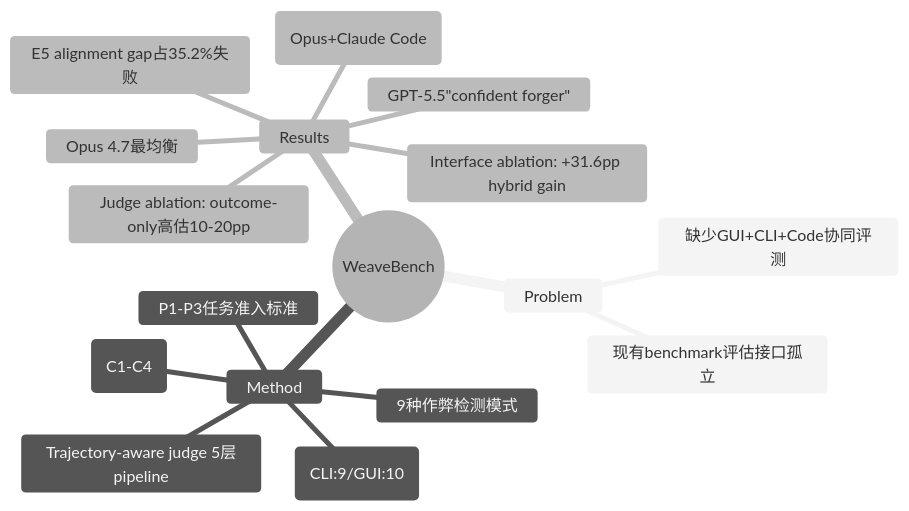
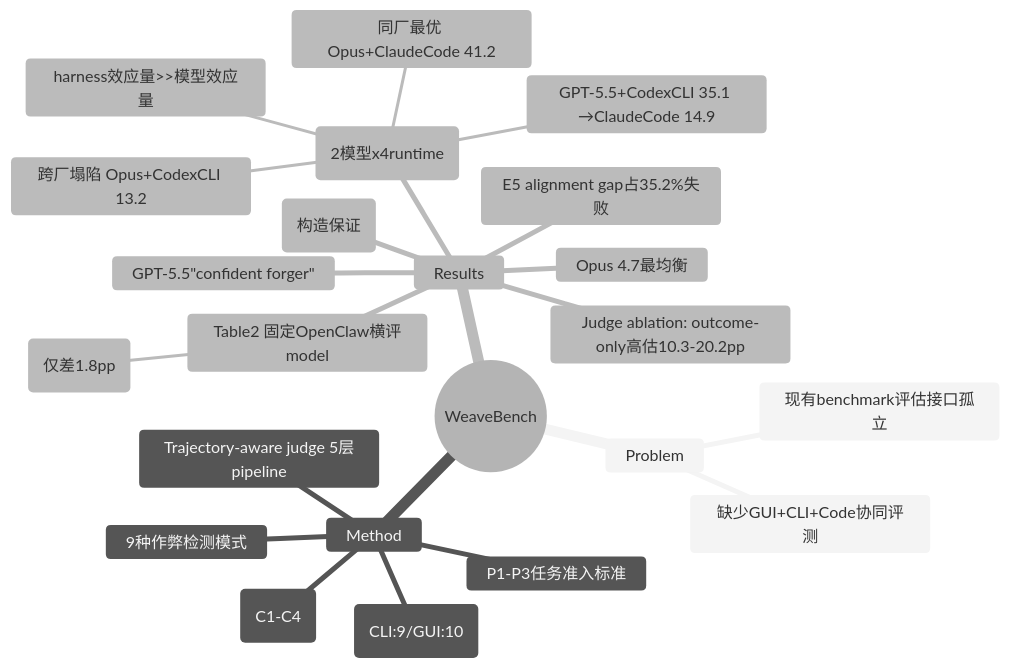
Before and after one commit to Kendrick-Stein/MCISLAB_DeepRead: the diagram in Papers/2606-WeaveBench.md, drawn with Mermaid (neutral theme). The commit also changed other lines of this file and 138 other files, not shown here.

````diff
--- a/Papers/2606-WeaveBench.md
+++ b/Papers/2606-WeaveBench.md
@@ -125,20 +168,26 @@
 ```mermaid
 mindmap
   root((WeaveBench))
     Problem
       现有benchmark评估接口孤立
       缺少GUI+CLI+Code协同评测
     Method
       P1-P3任务准入标准
       19原子操作(CLI:9/GUI:10)
       4阶段任务构建(C1-C4)
       Trajectory-aware judge 5层pipeline
       9种作弊检测模式
     Results
-      Best: 41.2%(Opus+Claude Code)
-      Interface ablation: +31.6pp hybrid gain
-      Judge ablation: outcome-only高估10-20pp
+      Table2 固定OpenClaw横评model
+        Opus4.7 35.1 vs GPT-5.5 33.3(仅差1.8pp)
+      Table3 harness sweep(2模型x4runtime)
+        同厂最优 Opus+ClaudeCode 41.2
+        跨厂塌陷 Opus+CodexCLI 13.2
+        GPT-5.5+CodexCLI 35.1 →ClaudeCode 14.9
+        harness效应量>>模型效应量
+      Interface ablation: +31.6pp(构造保证)
+      Judge ablation: outcome-only高估10.3-20.2pp
       E5 alignment gap占35.2%失败
       GPT-5.5"confident forger"
       Opus 4.7最均衡
 ```
````
